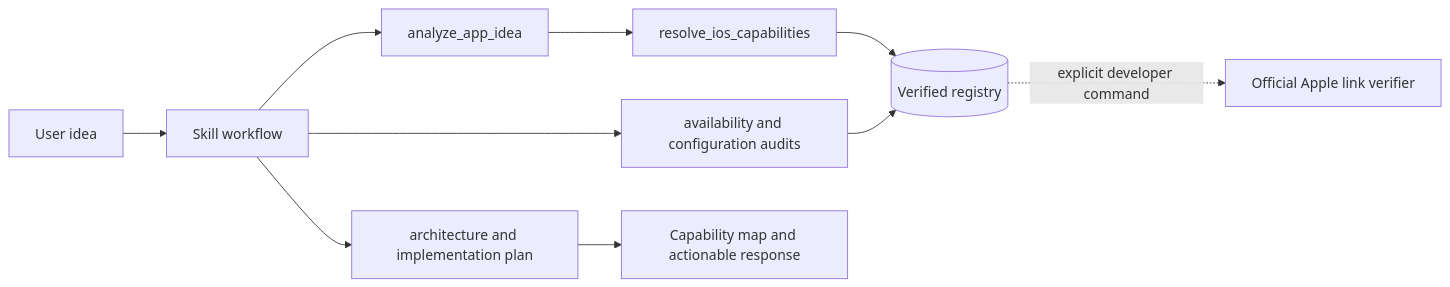
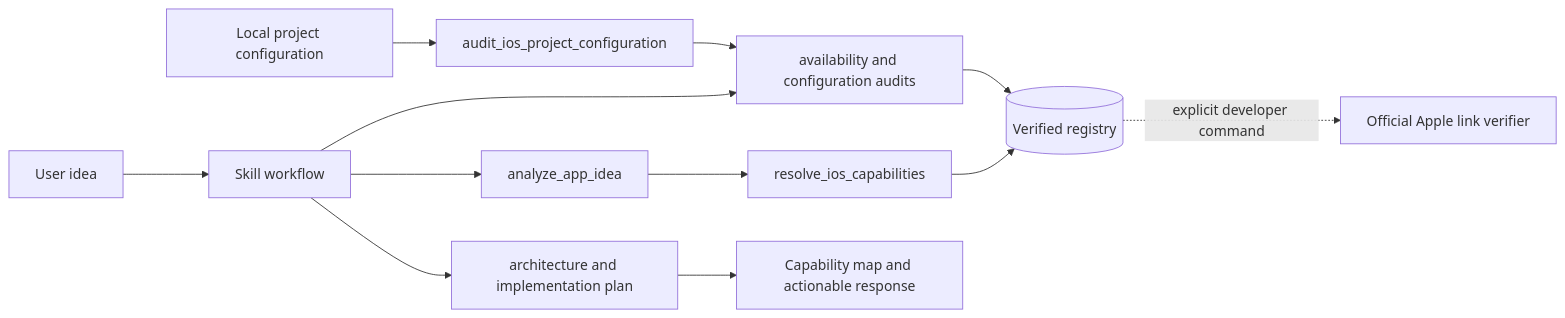
Before and after one commit to dev-ugurkontel/ios-capability-architect: the diagram in plugins/ios-capability-architect/docs/architecture.md, drawn with Mermaid. The commit also changed other lines of this file and 18 other files, not shown here.

First line of the commit message:
feat(plugin): audit existing iOS project configuration (#20)

````diff
--- a/plugins/ios-capability-architect/docs/architecture.md
+++ b/plugins/ios-capability-architect/docs/architecture.md
@@ -17,12 +17,14 @@
 ```mermaid
 flowchart LR
   U[User idea] --> S[Skill workflow]
   S --> A[analyze_app_idea]
   A --> R[resolve_ios_capabilities]
   R --> C[(Verified registry)]
   S --> V[availability and configuration audits]
   V --> C
+  P[Local project configuration] --> PA[audit_ios_project_configuration]
+  PA --> V
   S --> G[architecture and implementation plan]
   G --> O[Capability map and actionable response]
   C -. explicit developer command .-> L[Official Apple link verifier]
 ```
````
